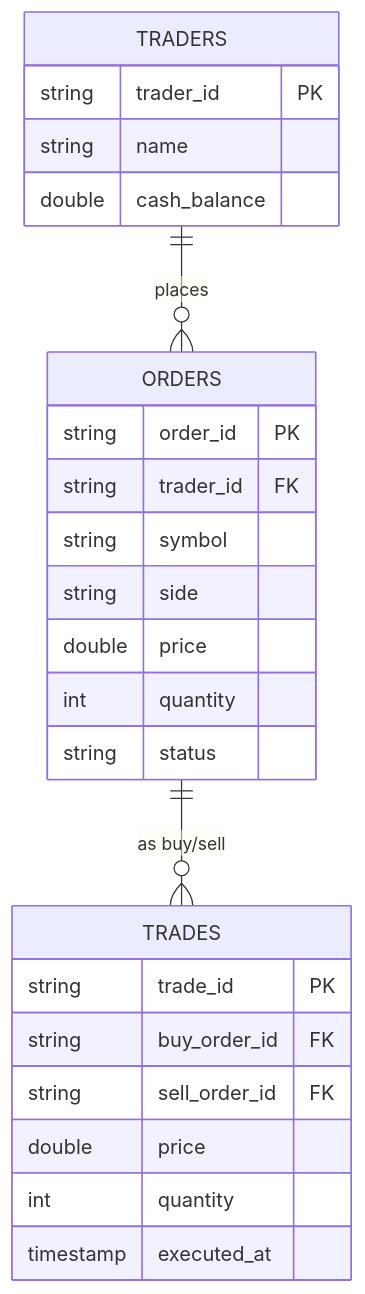
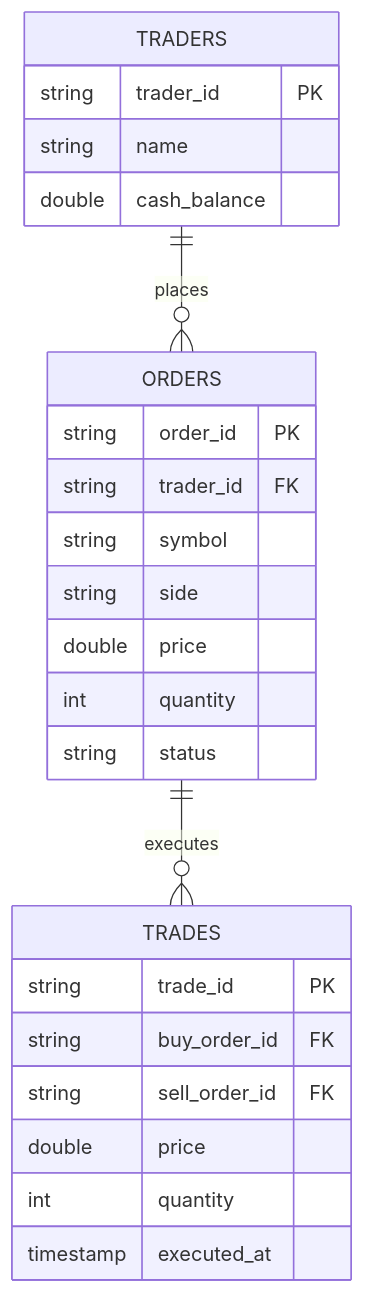
One commit to mansi25bai11449-uni/Market-Pulse changed the third of 3 diagrams in README.md. Above: the diagram before and after it, drawn with Mermaid. The commit also changed other lines of this file, not shown here.

Commit message:
Fix Mermaid flowchart, sequence and ER diagram rendering in README.md

````diff
--- a/README.md
+++ b/README.md
@@ -90,27 +90,27 @@
 ```mermaid
 erDiagram
     TRADERS ||--o{ ORDERS : places
-    ORDERS ||--o{ TRADES : "as buy/sell"
+    ORDERS ||--o{ TRADES : executes
     TRADERS {
         string trader_id PK
         string name
         double cash_balance
     }
     ORDERS {
         string order_id PK
         string trader_id FK
         string symbol
         string side
         double price
         int quantity
         string status
     }
     TRADES {
         string trade_id PK
         string buy_order_id FK
         string sell_order_id FK
         double price
         int quantity
         timestamp executed_at
     }
 ```
````
